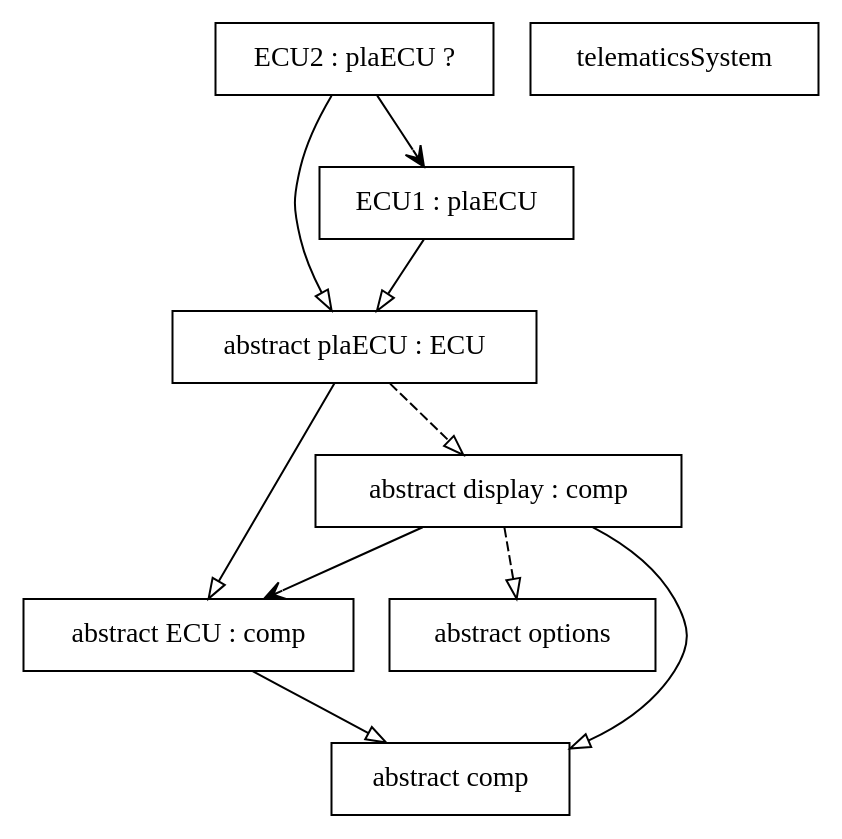
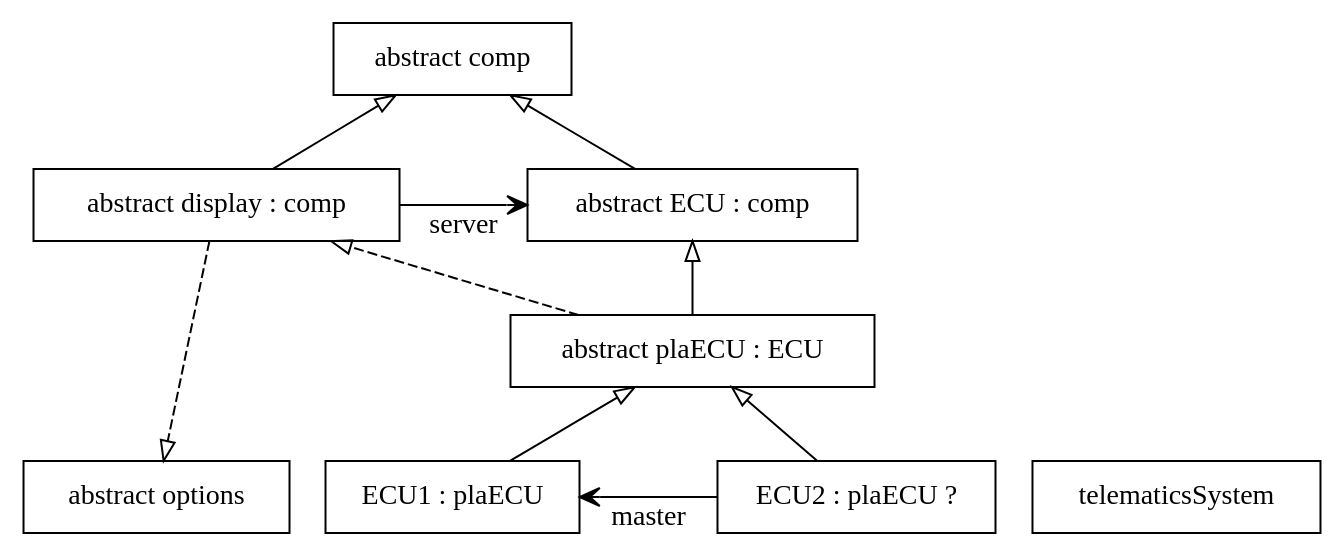
Before and after one commit to gsdlab/claferwiki: the diagram in spec/Telematics Example.dot, drawn with Graphviz. The commit also changed 3 other files, not shown here.

Commit message:
use html5. added labels to references. bottom top graph layout. references and nested inheritance do not constrain layout anymore.

```diff
--- a/spec/Telematics Example.dot
+++ b/spec/Telematics Example.dot
@@ -1,22 +1,23 @@
-digraph telematics_simplified
+digraph telematics_simplified 
 {
+  rankdir="BT"
   node [shape = box];
   c1_options [label="abstract options" URL="#c1_options" tooltip="abstract options&#10;  xor size&#10;    small&#10;    large&#10;  cache ?&#10;    size : integer&#10;      fixed ?&#10;  [small && cache => fixed]"];
   c16_comp [label="abstract comp" URL="#c16_comp" tooltip="abstract comp&#10;  version : integer = 1 + 2"];
   c23_ECU [label="abstract ECU : comp" URL="#c23_ECU" tooltip="abstract ECU : comp"];
   c23_ECU -> c16_comp [arrowhead=onormal];
   c24_display [label="abstract display : comp" URL="#c24_display" tooltip="abstract display : comp&#10;  server -> ECU&#10;  `options&#10;  [this.version >= server.version]"];
   c24_display -> c16_comp [arrowhead=onormal];
-  c24_display -> c1_options [style=dashed arrowhead=onormal];
-  c24_display -> c23_ECU [arrowhead=vee];
+  c24_display -> c1_options [style=dashed arrowhead=onormal constraint=false];
+  c24_display -> c23_ECU [arrowhead=vee constraint=false label="server"];
   c43_plaECU [label="abstract plaECU : ECU" URL="#c43_plaECU" tooltip="abstract plaECU : ECU&#10;  `display 1..2&#10;    [server = parent&#10;     !options.cache]"];
   c43_plaECU -> c23_ECU [arrowhead=onormal];
-  c43_plaECU -> c24_display [style=dashed arrowhead=onormal];
+  c43_plaECU -> c24_display [style=dashed arrowhead=onormal constraint=false];
   c53_ECU1 [label="ECU1 : plaECU" URL="#c53_ECU1" tooltip="ECU1 : plaECU"];
   c53_ECU1 -> c43_plaECU [arrowhead=onormal];
   c54_ECU2 [label="ECU2 : plaECU ?" URL="#c7_ECU2" tooltip="ECU2 : plaECU ?&#10;  master -> ECU1"];
   c54_ECU2 -> c43_plaECU [arrowhead=onormal];
-  c54_ECU2 -> c53_ECU1 [arrowhead=vee];
+  c54_ECU2 -> c53_ECU1 [arrowhead=vee constraint=false label="master"];
   c65_telematicsSystem [label="telematicsSystem" URL="#c65_telematicsSystem" tooltip="telematicsSystem&#10;  xor channel&#10;    single&#10;    dual&#10;  extraDisplay ?&#10;  xor size&#10;    small&#10;    large&#10;  [dual <=> ECU2&#10;   extraDisplay <=> #ECU1.display = 2&#10;   extraDisplay <=> (ECU2 => #ECU2.display = 2)&#10;   large <=> !plaECU.display.options.size.small&#10;   small <=> !plaECU.display.options.size.large]"];
 }
 //graph is made by the following command: dot -Tsvg -o "Telematics Example.svg" "Telematics Example.dot"
```
